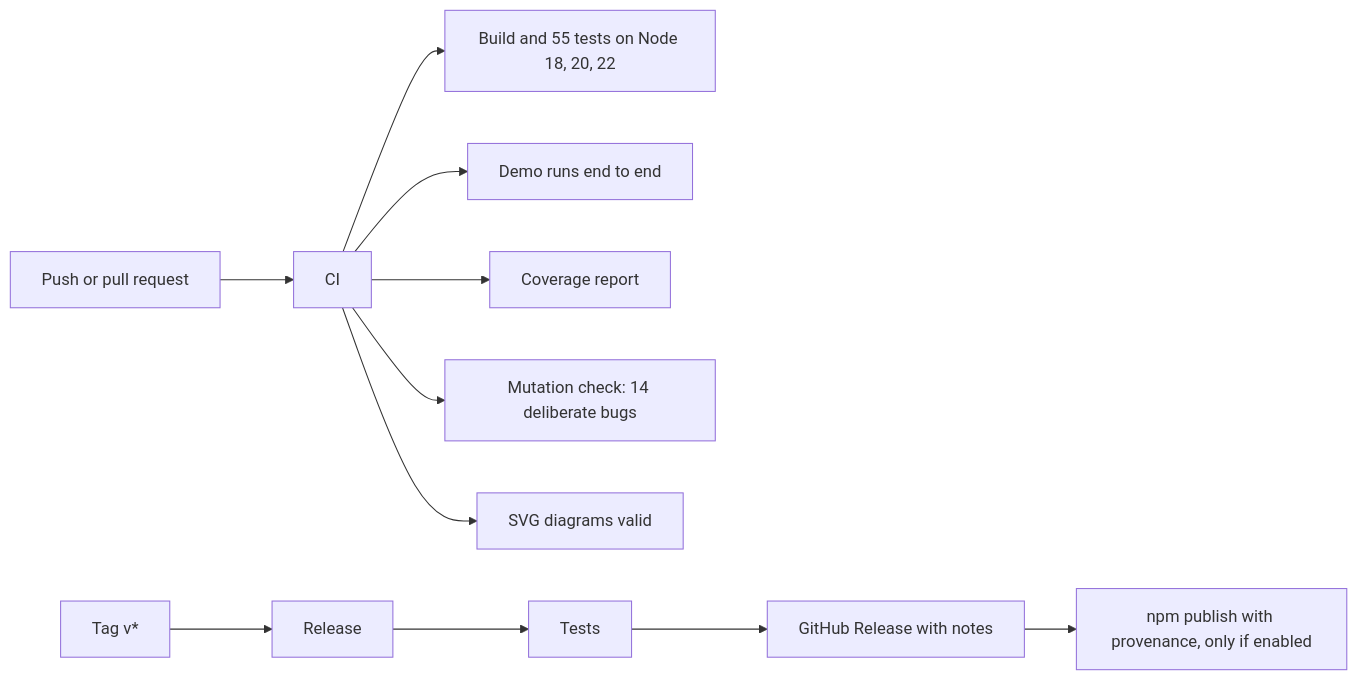
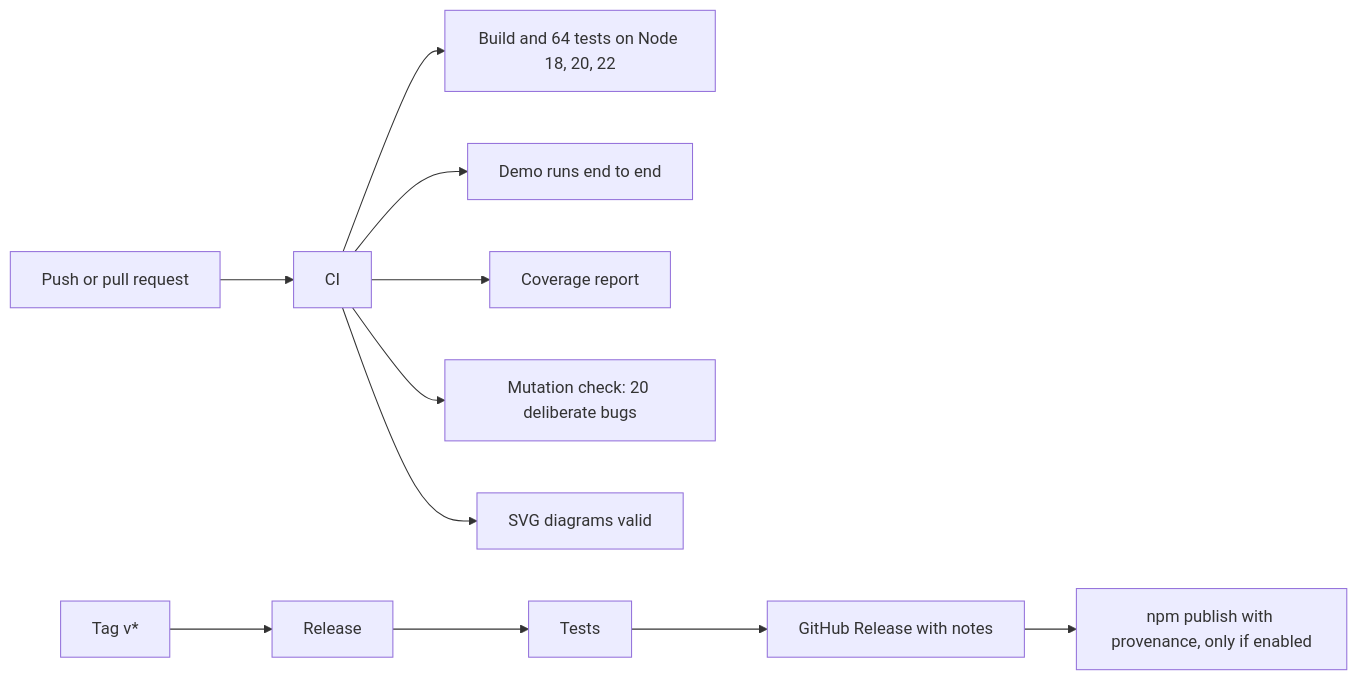
One commit to techsaurabh-394/mcp-safe-actions changed the third of 3 diagrams in README.md. Above: the diagram before and after it, drawn with Mermaid. The commit also changed other lines of this file and 9 other files, not shown here.

````diff
--- a/README.md
+++ b/README.md
@@ -208,13 +210,13 @@
 ```mermaid
 flowchart LR
     A[Push or pull request] --> B[CI]
-    B --> B1[Build and 55 tests on Node 18, 20, 22]
+    B --> B1[Build and 64 tests on Node 18, 20, 22]
     B --> B2[Demo runs end to end]
     B --> B3[Coverage report]
-    B --> B4[Mutation check: 14 deliberate bugs]
+    B --> B4[Mutation check: 20 deliberate bugs]
     B --> B5[SVG diagrams valid]
     C[Tag v*] --> D[Release]
     D --> D1[Tests]
     D1 --> D2[GitHub Release with notes]
     D2 --> D3[npm publish with provenance, only if enabled]
 ```
````
